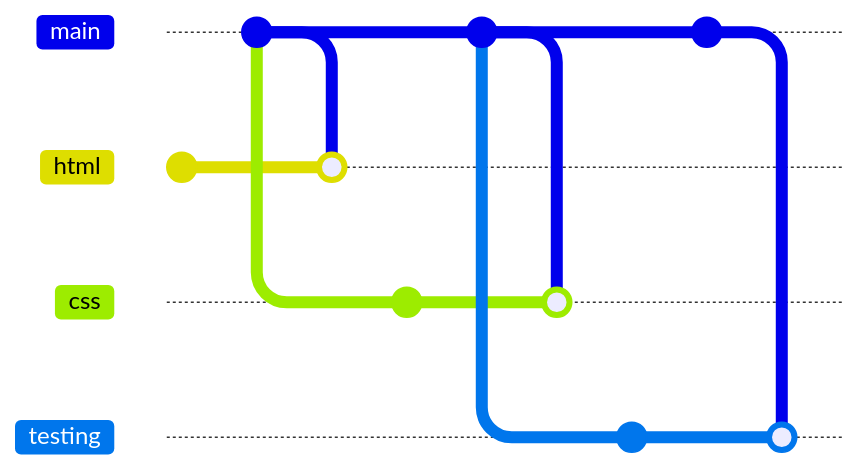
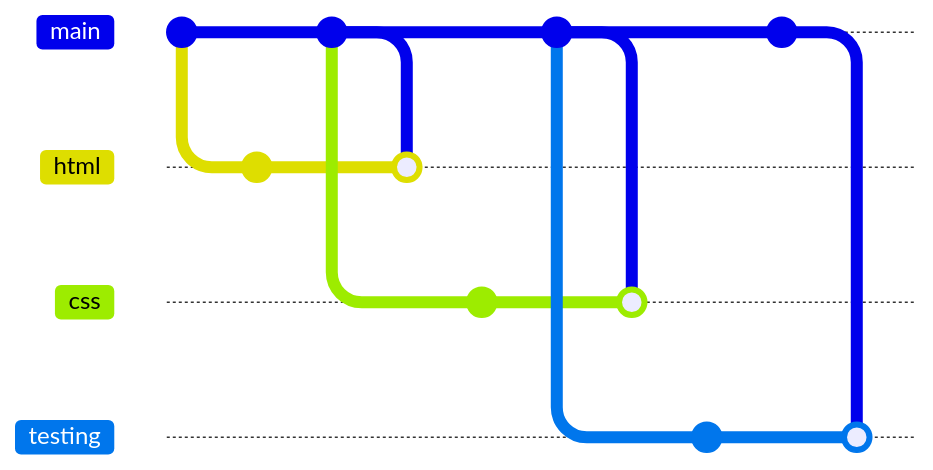
The first of 2 diagrams in README.md (fac26/todo-list--karol-konstantina), drawn with Mermaid before and after one commit. Commit ids are hidden.

Commit message:
added initial main commit on git graph

````diff
--- a/README.md
+++ b/README.md
@@ -15,25 +15,26 @@
 ```mermaid
     gitGraph
+        commit
         branch html
         commit
         checkout main
         commit
         checkout html
         merge main
         checkout main
         branch css
         commit
         checkout main
         commit
         checkout css
         merge main
         checkout main
         branch testing
         commit
         checkout main
         commit
         checkout testing
         merge main
         checkout main
         
  ```
````
